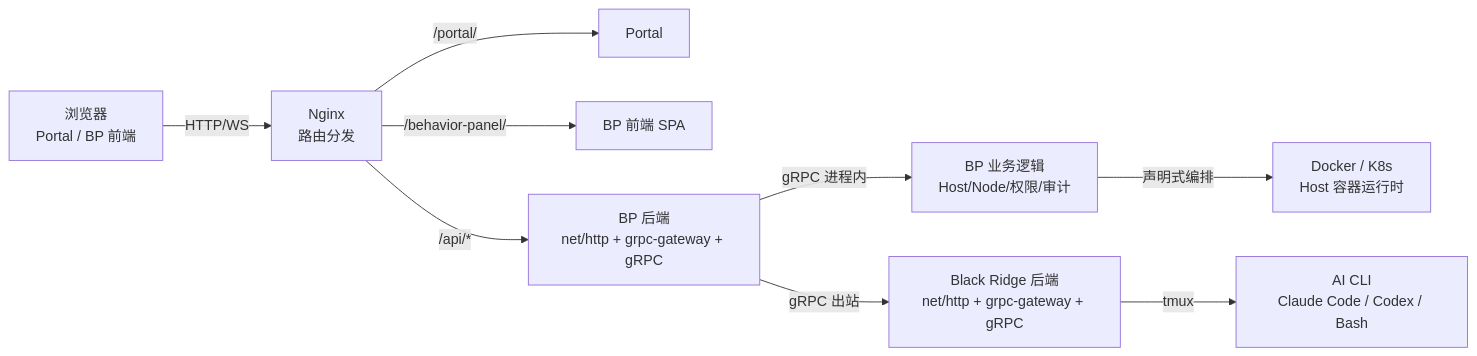
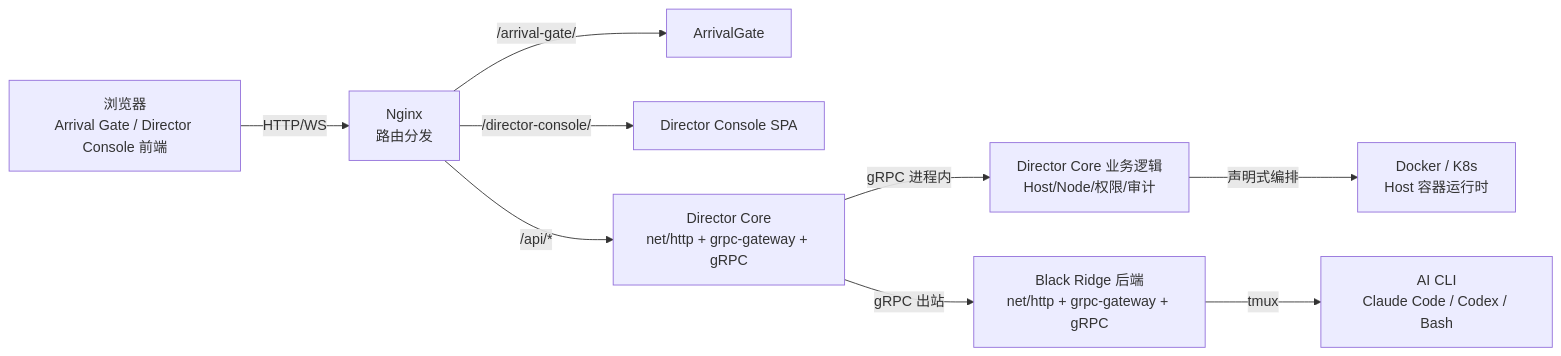
Before and after one commit to charviki/maze: the second of 4 diagrams in docs/architecture.md, drawn with Mermaid. The commit also changed other lines of this file and 300 other files, not shown here.

````diff
--- a/docs/architecture.md
+++ b/docs/architecture.md
@@ -37,14 +37,14 @@
 ```mermaid
 graph LR
-    Browser["浏览器<br/>Portal / BP 前端"] -->|HTTP/WS| Nginx["Nginx<br/>路由分发"]
-    Nginx -->|"/portal/"| Portal
-    Nginx -->|"/behavior-panel/"| BP_FE["BP 前端 SPA"]
-    Nginx -->|"/api/*"| BP_BE["BP 后端<br/>net/http + grpc-gateway + gRPC"]
+    Browser["浏览器<br/>Arrival Gate / Director Console 前端"] -->|HTTP/WS| Nginx["Nginx<br/>路由分发"]
+    Nginx -->|"/arrival-gate/"| ArrivalGate
+    Nginx -->|"/director-console/"| DirectorConsole["Director Console SPA"]
+    Nginx -->|"/api/*"| DirectorCore["Director Core<br/>net/http + grpc-gateway + gRPC"]
 
-    BP_BE -->|"gRPC 进程内"| BP_Logic["BP 业务逻辑<br/>Host/Node/权限/审计"]
-    BP_BE -->|"gRPC 出站"| BR_BE["Black Ridge 后端<br/>net/http + grpc-gateway + gRPC"]
+    DirectorCore -->|"gRPC 进程内"| DirectorCoreLogic["Director Core 业务逻辑<br/>Host/Node/权限/审计"]
+    DirectorCore -->|"gRPC 出站"| BR_BE["Black Ridge 后端<br/>net/http + grpc-gateway + gRPC"]
 
     BR_BE -->|tmux| CLI["AI CLI<br/>Claude Code / Codex / Bash"]
 
-    BP_Logic -->|"声明式编排"| Runtime["Docker / K8s<br/>Host 容器运行时"]
+    DirectorCoreLogic -->|"声明式编排"| Runtime["Docker / K8s<br/>Host 容器运行时"]
 ```
````
